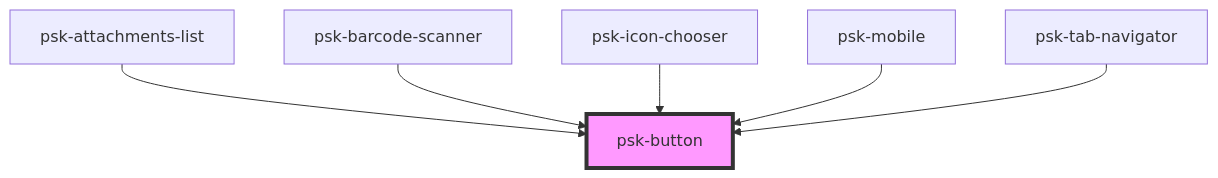
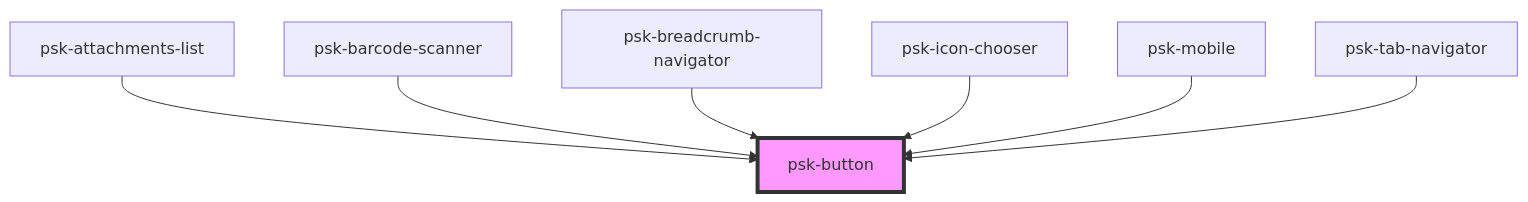
The diagram in src/components/psk-button/readme.md (daniel-visoiu/cardinal), drawn with Mermaid before and after one commit. The commit also changed other lines of this file and 9 other files, not shown here.

Commit message:
added psk-breadcrumb-navigator component

````diff
--- a/src/components/psk-button/readme.md
+++ b/src/components/psk-button/readme.md
@@ -34,9 +35,10 @@
 ```mermaid
 graph TD;
   psk-attachments-list --> psk-button
   psk-barcode-scanner --> psk-button
+  psk-breadcrumb-navigator --> psk-button
   psk-icon-chooser --> psk-button
   psk-mobile --> psk-button
   psk-tab-navigator --> psk-button
   style psk-button fill:#f9f,stroke:#333,stroke-width:4px
 ```
````
